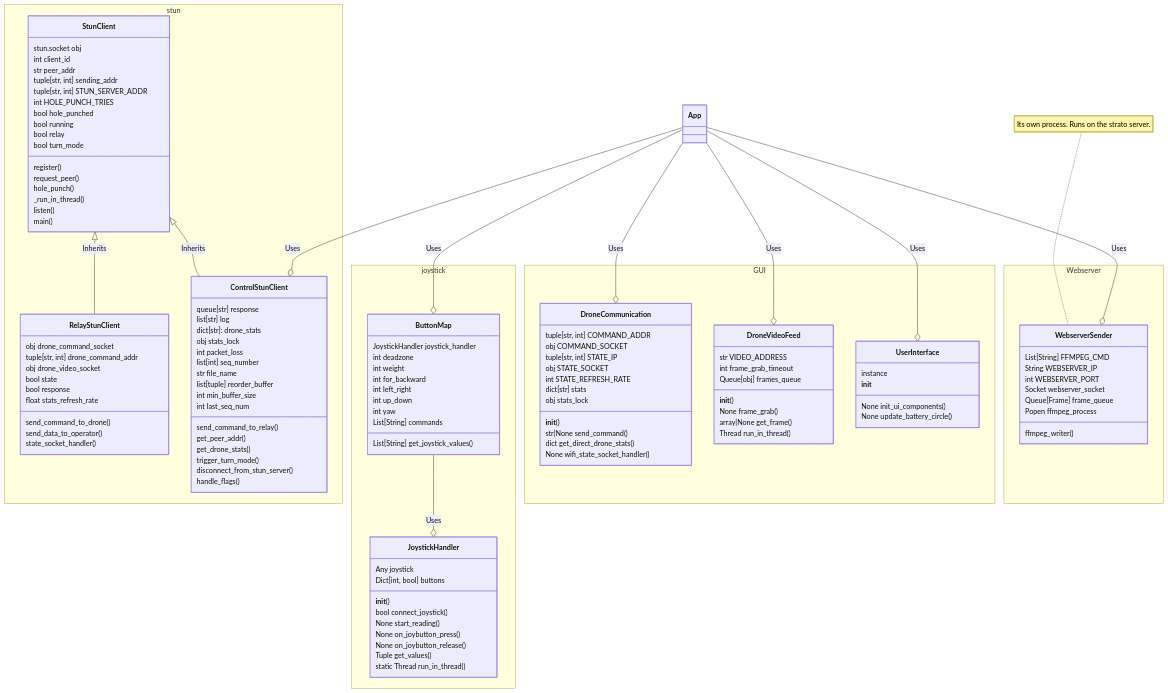
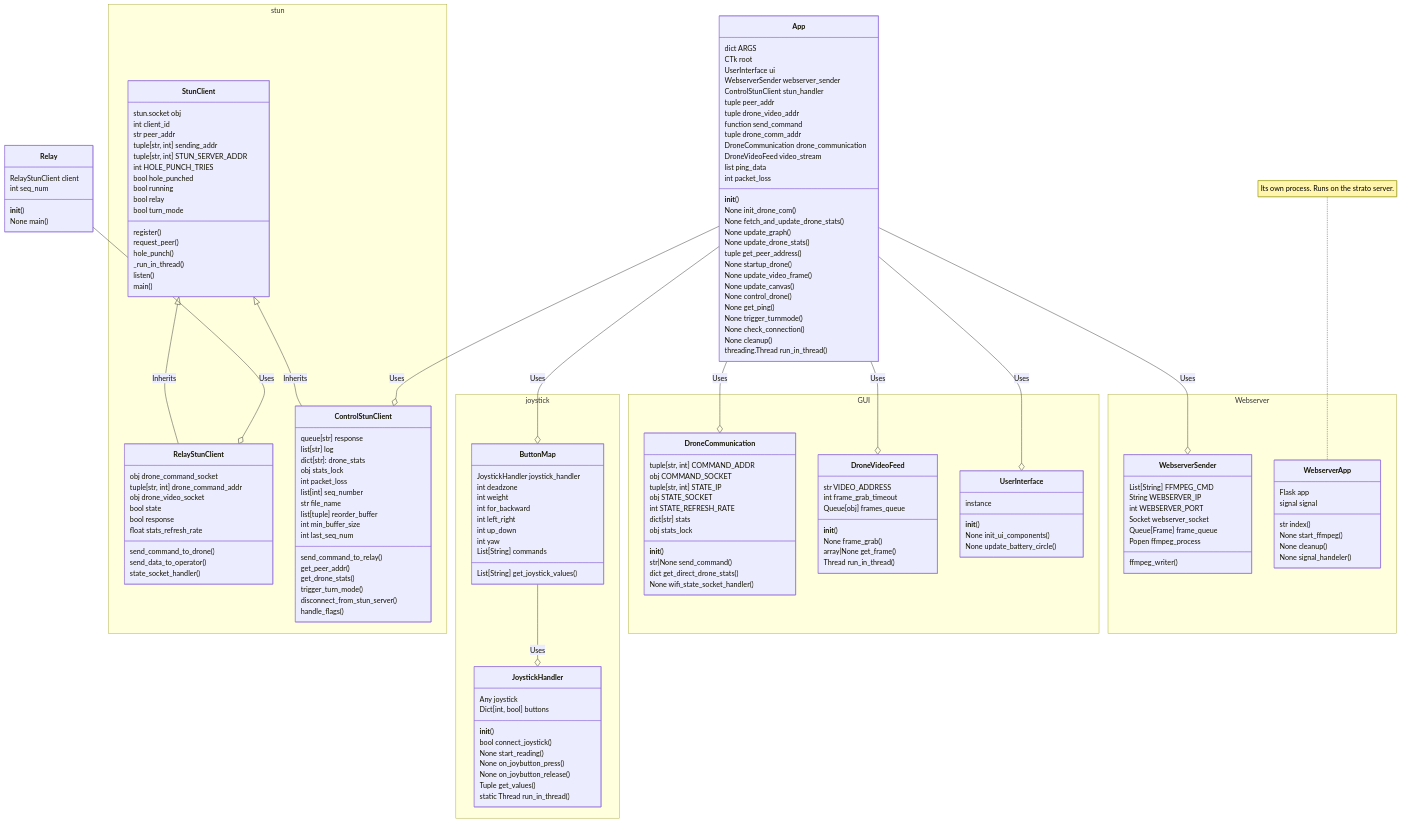
One commit to kingoz9000/Drone changed the diagram in diagrams/classdiagram.md. Above: the diagram before and after it, drawn with Mermaid.

Commit message:
updated classdiagram

````diff
--- a/diagrams/classdiagram.md
+++ b/diagrams/classdiagram.md
@@ -106,12 +106,12 @@
     }
     class UserInterface {
         instance
-        __init__
+        __init__()
         None init_ui_components()
         None update_battery_circle()
     }
 }
-note for WebserverSender "Its own process. Runs on the strato server."
+note for WebserverApp "Its own process. Runs on the strato server."
 namespace Webserver {
     class WebserverSender {
         List[String] FFMPEG_CMD
@@ -122,6 +122,14 @@
         Popen ffmpeg_process
         ffmpeg_writer()
     }
+    class WebserverApp{
+        str index()
+        None start_ffmpeg()
+        None cleanup()
+        None signal_handeler()
+        Flask app
+        signal signal
+    }
 }
 
 App --o ControlStunClient: Uses
@@ -130,4 +138,41 @@
 App --o DroneVideoFeed : Uses
 App --o WebserverSender : Uses
 App --o UserInterface : Uses
+class App{
+    __init__()
+    None init_drone_com()
+    None fetch_and_update_drone_stats()
+    None update_graph()
+    None update_drone_stats()
+    tuple get_peer_address()
+    None startup_drone()
+    None update_video_frame()
+    None update_canvas()
+    None control_drone()
+    None get_ping()
+    None trigger_turnmode()
+    None check_connection()
+    None cleanup()
+    threading.Thread run_in_thread()
+    dict ARGS
+    CTk root
+    UserInterface ui
+    WebserverSender webserver_sender
+    ControlStunClient stun_handler
+    tuple peer_addr
+    tuple drone_video_addr
+    function send_command
+    tuple drone_comm_addr
+    DroneCommunication drone_communication
+    DroneVideoFeed video_stream
+    list ping_data
+    int packet_loss
+}
+Relay --o RelayStunClient : Uses
+class Relay {
+    __init__()
+    None main()
+    RelayStunClient client
+    int seq_num
+}
 ```
````
